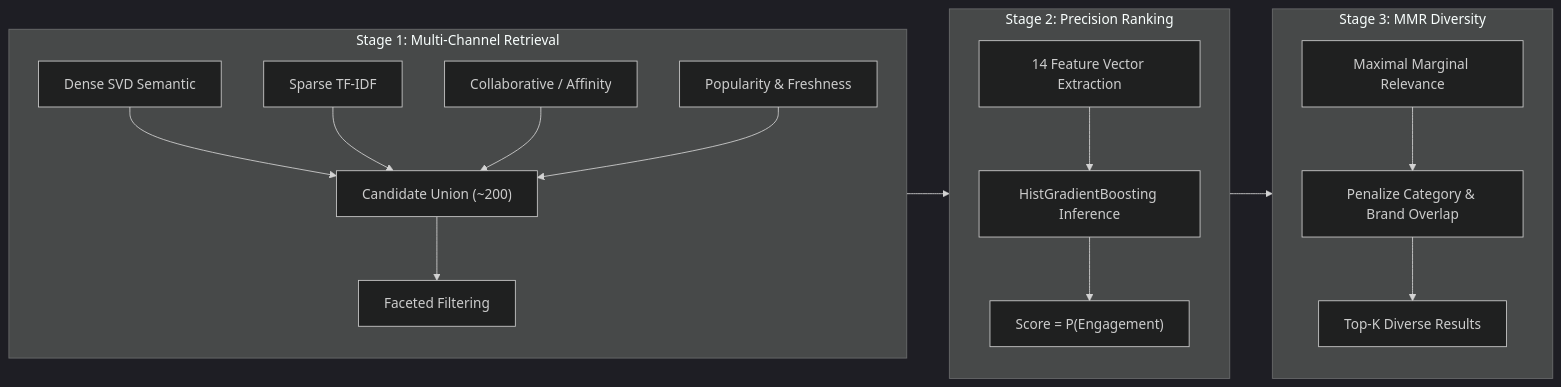
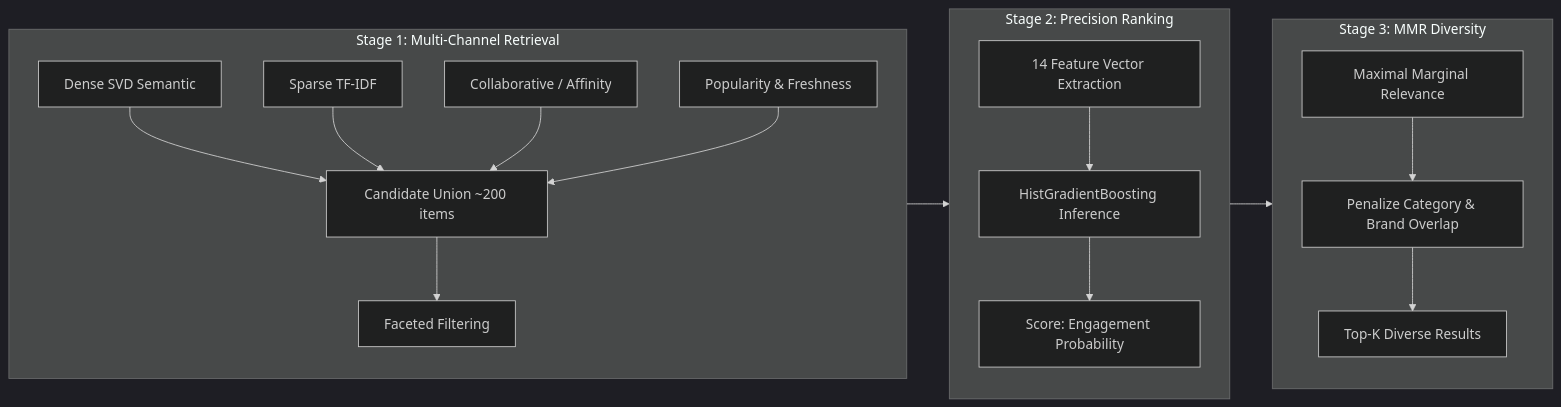
Before and after one commit to Kings-man-6969/recommendation-engine-v1: the second of 2 diagrams in README.md, drawn with Mermaid (dark theme). The commit also changed other lines of this file, not shown here.

Commit message:
fix(docs): resolve Mermaid syntax parse error in README diagram

````diff
--- a/README.md
+++ b/README.md
@@ -122,31 +122,31 @@
 ```mermaid
 flowchart LR
     subgraph S1["Stage 1: Multi-Channel Retrieval"]
         direction TB
         R1["Dense SVD Semantic"]
         R2["Sparse TF-IDF"]
         R3["Collaborative / Affinity"]
         R4["Popularity & Freshness"]
-        R1 & R2 & R3 & R4 --> Union["Candidate Union (~200)"]
+        R1 & R2 & R3 & R4 --> Union["Candidate Union ~200 items"]
         Union --> Filter["Faceted Filtering"]
     end
 
     subgraph S2["Stage 2: Precision Ranking"]
         direction TB
         Feats["14 Feature Vector Extraction"]
         ML["HistGradientBoosting Inference"]
         Feats --> ML
-        ML --> PScore["Score = P(Engagement)"]
+        ML --> PScore["Score: Engagement Probability"]
     end
 
     subgraph S3["Stage 3: MMR Diversity"]
         direction TB
         MMR["Maximal Marginal Relevance"]
         Penalty["Penalize Category & Brand Overlap"]
         MMR --> Penalty
         Penalty --> TopK["Top-K Diverse Results"]
     end
 
     S1 --> S2
     S2 --> S3
 ```
````
